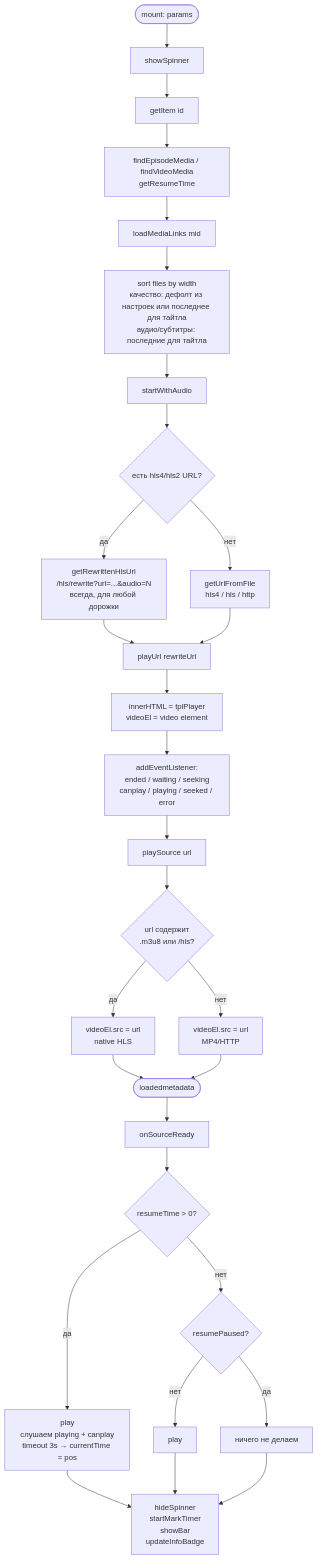
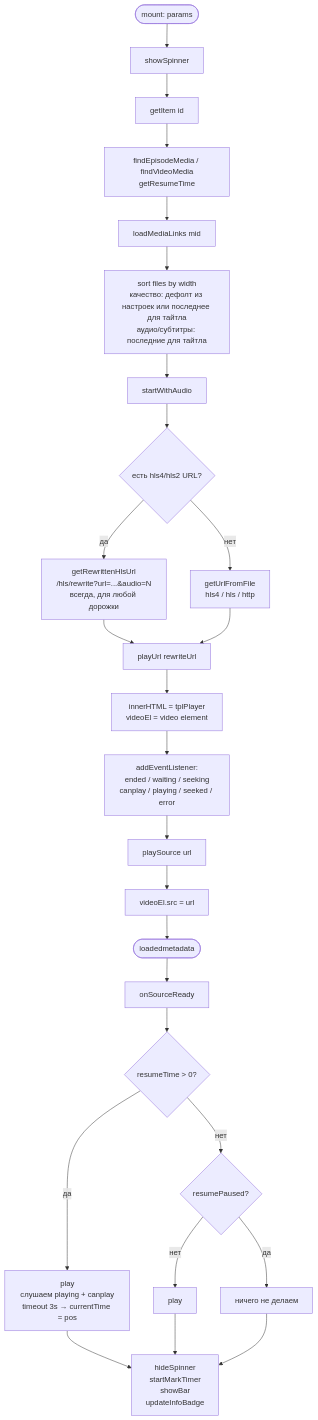
Before and after one commit to stdray/yobapub: the first of 6 diagrams in doc/player-flow.md, drawn with Mermaid. The commit also changed 1 other file, not shown here.

Commit message:
refactor(front): collapse duplicate playSource branches into one

````diff
--- a/doc/player-flow.md
+++ b/doc/player-flow.md
@@ -5,37 +5,34 @@
 ```mermaid
 flowchart TD
     A([mount: params]) --> B[showSpinner]
     B --> C[getItem id]
     C --> D[findEpisodeMedia / findVideoMedia\ngetResumeTime]
     D --> E[loadMediaLinks mid]
     E --> F[sort files by width\nкачество: дефолт из настроек или последнее для тайтла\nаудио/субтитры: последние для тайтла]
     F --> G[startWithAudio]
 
     G --> H{есть hls4/hls2 URL?}
     H -- да --> I[getRewrittenHlsUrl\n/hls/rewrite?url=...&audio=N\nвсегда, для любой дорожки]
     H -- нет --> J[getUrlFromFile\nhls4 / hls / http]
     I --> K[playUrl rewriteUrl]
     J --> K
 
     K --> L[innerHTML = tplPlayer\nvideoEl = video element]
     L --> M[addEventListener:\nended / waiting / seeking\ncanplay / playing / seeked / error]
     M --> N[playSource url]
 
-    N --> O{url содержит\n.m3u8 или /hls?}
-    O -- да --> P[videoEl.src = url\nnative HLS]
-    O -- нет --> Q[videoEl.src = url\nMP4/HTTP]
-    P --> R([loadedmetadata])
-    Q --> R
+    N --> O[videoEl.src = url]
+    O --> R([loadedmetadata])
 
     R --> S[onSourceReady]
 
     S --> T{resumeTime > 0?}
     T -- да --> U[play\nслушаем playing + canplay\ntimeout 3s → currentTime = pos]
     T -- нет --> V{resumePaused?}
     V -- нет --> W[play]
     V -- да --> X[ничего не делаем]
 
     U --> Y[hideSpinner\nstartMarkTimer\nshowBar\nupdateInfoBadge]
     W --> Y
     X --> Y
 ```
````
